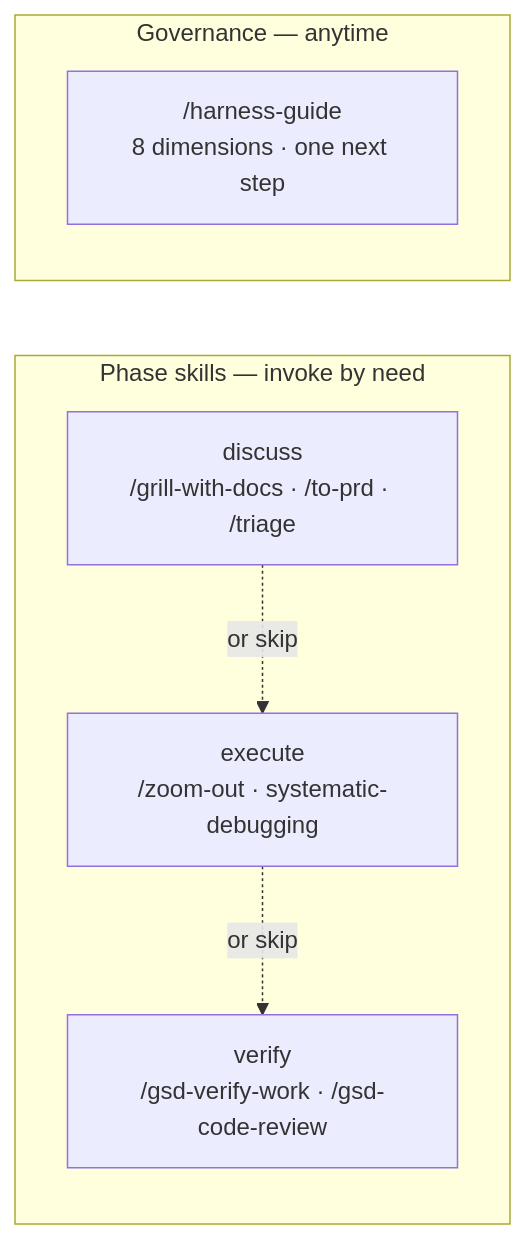
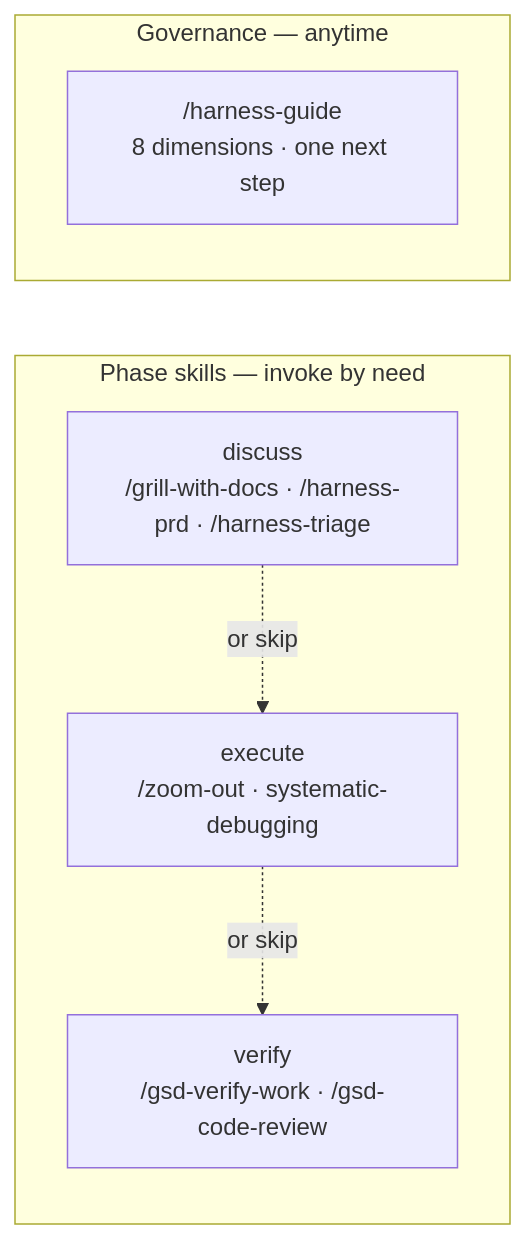
The third of 3 diagrams in README.md (ClydeShen/harness-skill), drawn with Mermaid before and after one commit. The commit also changed other lines of this file and 28 other files, not shown here.

````diff
--- a/README.md
+++ b/README.md
@@ -177,13 +177,13 @@
 ```mermaid
 flowchart LR
     subgraph PHASES["Phase skills — invoke by need"]
-        DISC["discuss<br/>/grill-with-docs · /to-prd · /triage"]
+        DISC["discuss<br/>/grill-with-docs · /harness-prd · /harness-triage"]
         EXEC["execute<br/>/zoom-out · systematic-debugging"]
         VER["verify<br/>/gsd-verify-work · /gsd-code-review"]
         DISC -.->|"or skip"| EXEC -.->|"or skip"| VER
     end
 
     subgraph GOV["Governance — anytime"]
         G["/harness-guide<br/>8 dimensions · one next step"]
     end
 ```
````
